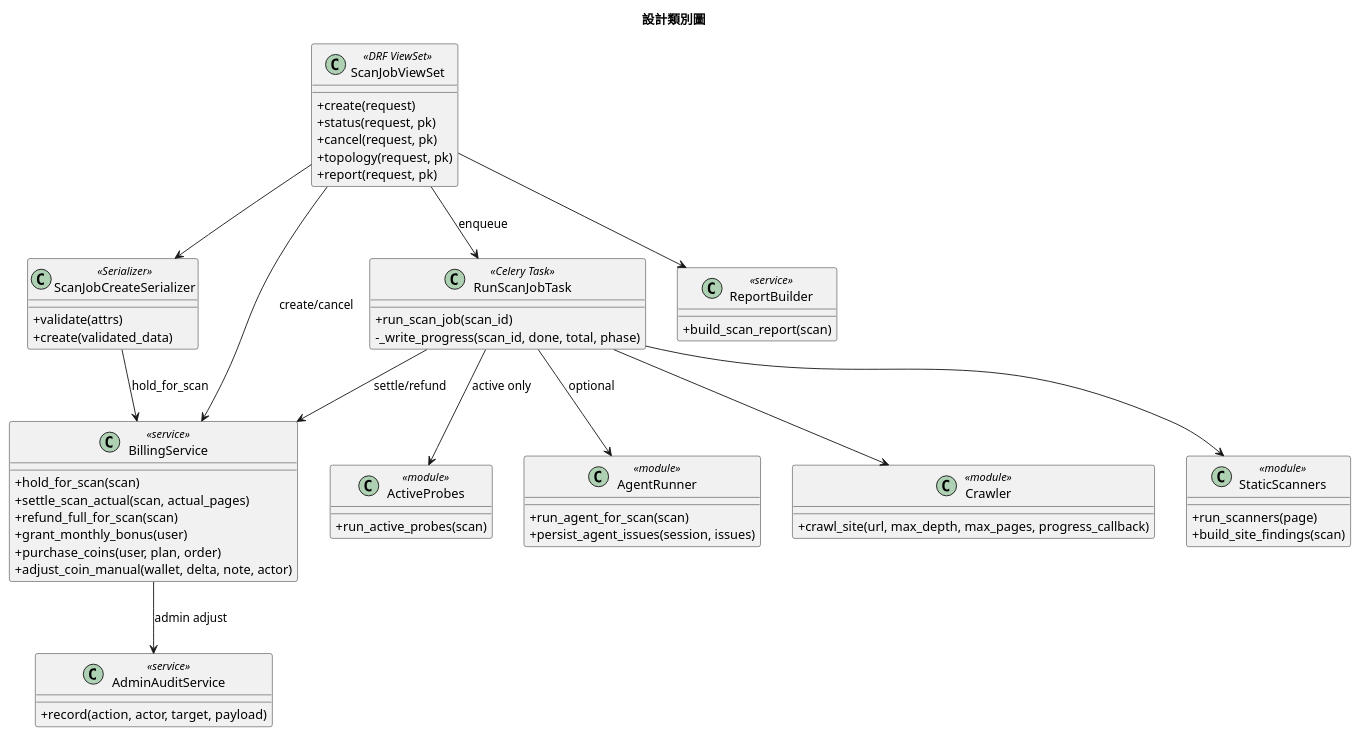
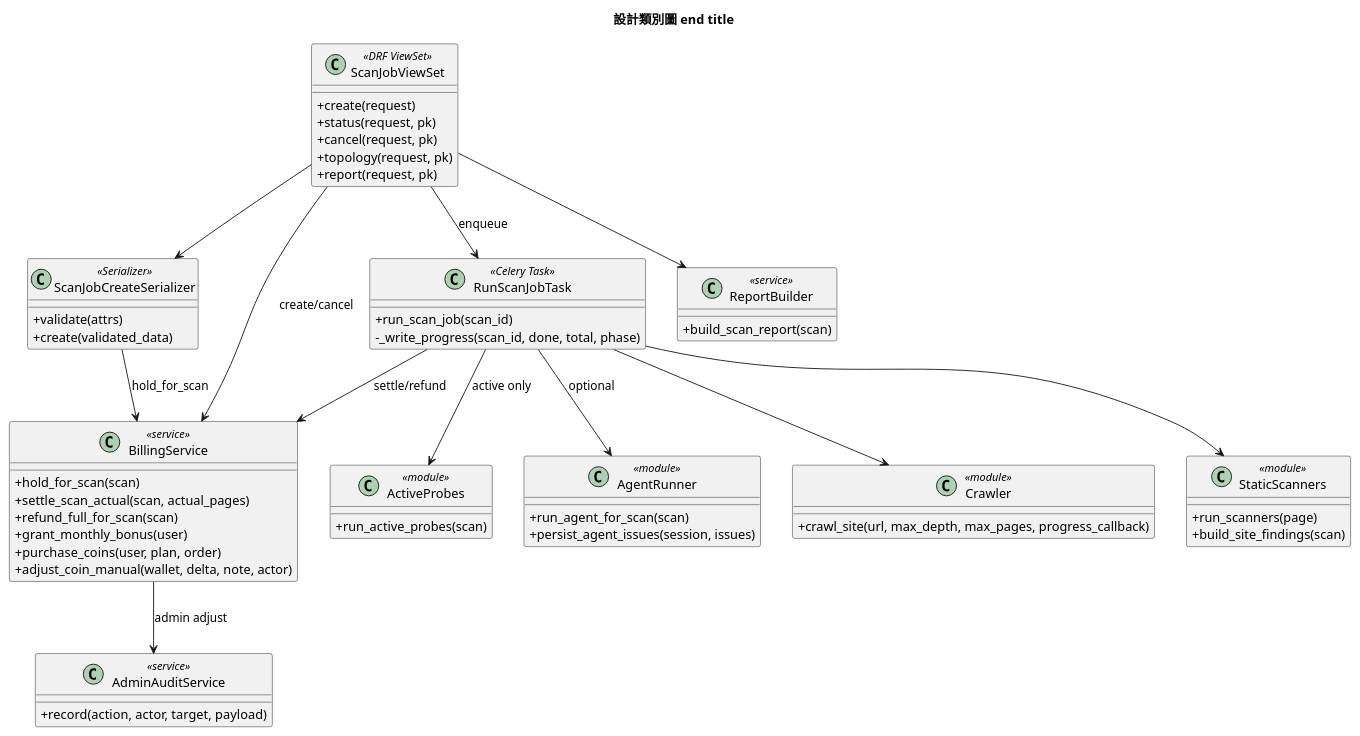
One commit to Djude1/Argus changed the eighth of 13 diagrams in PlantUML.md. Above: the diagram before and after it, drawn with PlantUML. The commit also changed other lines of this file, not shown here.

````diff
--- a/PlantUML.md
+++ b/PlantUML.md
@@ -568,73 +568,73 @@
 ```plantuml
 @startuml
-title 設計類別圖
+title 設計類別圖 end title
 skinparam defaultFontName Microsoft JhengHei
 skinparam shadowing false
 skinparam classAttributeIconSize 0
 
 class ScanJobViewSet <<DRF ViewSet>> {
   +create(request)
   +status(request, pk)
   +cancel(request, pk)
   +topology(request, pk)
   +report(request, pk)
 }
 
 class ScanJobCreateSerializer <<Serializer>> {
   +validate(attrs)
   +create(validated_data)
 }
 
 class RunScanJobTask <<Celery Task>> {
   +run_scan_job(scan_id)
   -_write_progress(scan_id, done, total, phase)
 }
 
 class Crawler <<module>> {
   +crawl_site(url, max_depth, max_pages, progress_callback)
 }
 
 class StaticScanners <<module>> {
   +run_scanners(page)
   +build_site_findings(scan)
 }
 
 class ActiveProbes <<module>> {
   +run_active_probes(scan)
 }
 
 class AgentRunner <<module>> {
   +run_agent_for_scan(scan)
   +persist_agent_issues(session, issues)
 }
 
 class BillingService <<service>> {
   +hold_for_scan(scan)
   +settle_scan_actual(scan, actual_pages)
   +refund_full_for_scan(scan)
   +grant_monthly_bonus(user)
   +purchase_coins(user, plan, order)
   +adjust_coin_manual(wallet, delta, note, actor)
 }
 
 class ReportBuilder <<service>> {
   +build_scan_report(scan)
 }
 
 class AdminAuditService <<service>> {
   +record(action, actor, target, payload)
 }
 
 ScanJobViewSet --> ScanJobCreateSerializer
 ScanJobViewSet --> BillingService : create/cancel
 ScanJobViewSet --> ReportBuilder
 ScanJobCreateSerializer --> BillingService : hold_for_scan
 ScanJobViewSet --> RunScanJobTask : enqueue
 RunScanJobTask --> Crawler
 RunScanJobTask --> StaticScanners
 RunScanJobTask --> ActiveProbes : active only
 RunScanJobTask --> AgentRunner : optional
 RunScanJobTask --> BillingService : settle/refund
 BillingService --> AdminAuditService : admin adjust
 @enduml
 ```
````
